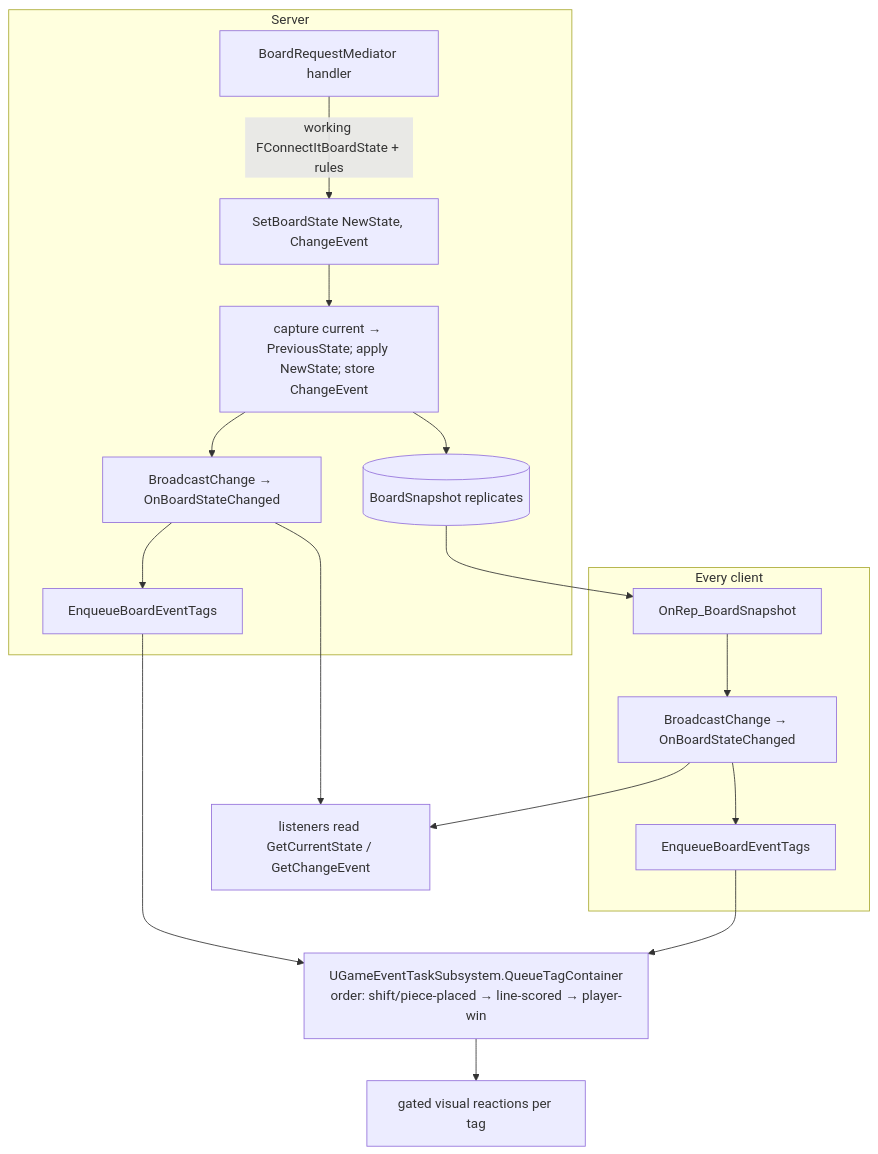
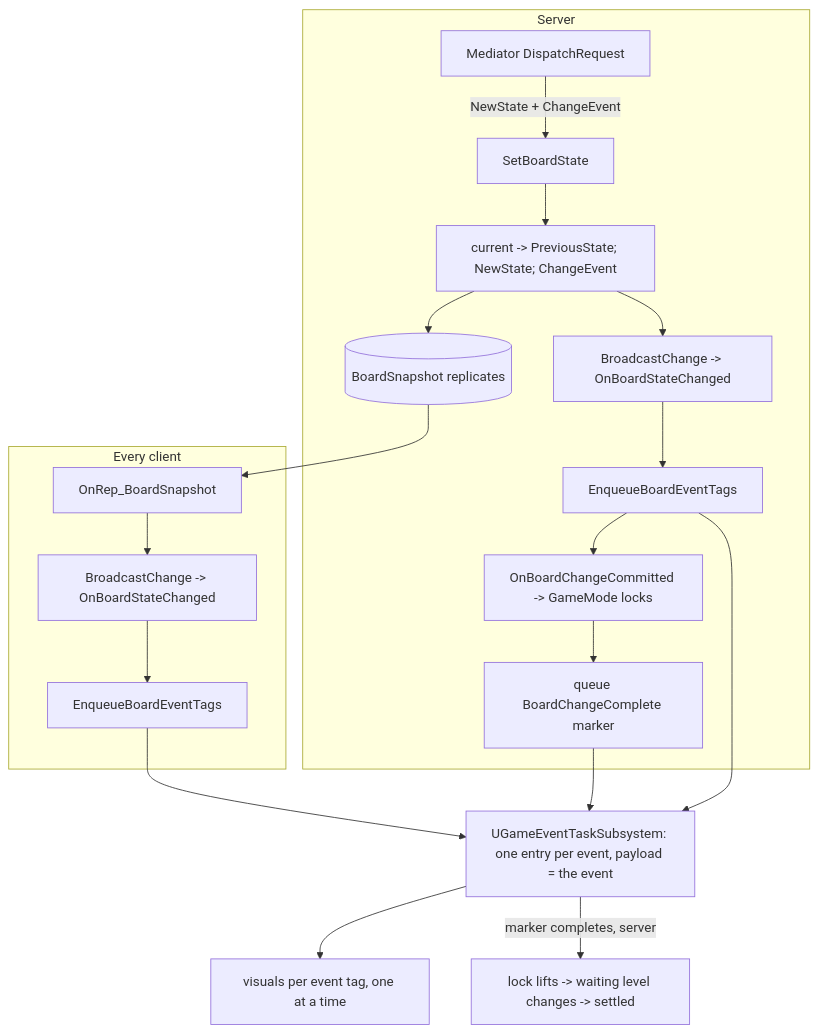
One commit to rfowlie/ConnectIt changed the diagram in ConnectIt-Vault/ConnectIt/code/systems/board-state-single-source-of-truth.md. Above: the diagram before and after it, drawn with Mermaid. The commit also changed other lines of this file and 17 other files, not shown here.

Commit message:
Request Lock 3

````diff
--- a/ConnectIt-Vault/ConnectIt/code/systems/board-state-single-source-of-truth.md
+++ b/ConnectIt-Vault/ConnectIt/code/systems/board-state-single-source-of-truth.md
@@ -30,20 +42,22 @@
 ```mermaid
 flowchart TD
     subgraph Server
-        H[BoardRequestMediator handler] -->|working FConnectItBoardState + rules| SBS[SetBoardState NewState, ChangeEvent]
-        SBS --> CAP[capture current → PreviousState; apply NewState; store ChangeEvent]
+        H[Mediator DispatchRequest] -->|NewState + ChangeEvent| SBS[SetBoardState]
+        SBS --> CAP[current -> PreviousState; NewState; ChangeEvent]
         CAP --> REP[(BoardSnapshot replicates)]
-        CAP --> BC1[BroadcastChange → OnBoardStateChanged]
+        CAP --> BC1[BroadcastChange -> OnBoardStateChanged]
         BC1 --> EQ1[EnqueueBoardEventTags]
+        EQ1 --> LOCK[OnBoardChangeCommitted -> GameMode locks]
+        LOCK --> MK[queue BoardChangeComplete marker]
     end
     subgraph "Every client"
         REP --> OR[OnRep_BoardSnapshot]
-        OR --> BC2[BroadcastChange → OnBoardStateChanged]
+        OR --> BC2[BroadcastChange -> OnBoardStateChanged]
         BC2 --> EQ2[EnqueueBoardEventTags]
     end
-    EQ1 --> TAGS[UGameEventTaskSubsystem.QueueTagContainer<br/>order: shift/piece-placed → line-scored → player-win]
+    EQ1 --> TAGS[UGameEventTaskSubsystem: one entry per event, payload = the event]
     EQ2 --> TAGS
-    BC1 --> L1[listeners read GetCurrentState / GetChangeEvent]
-    BC2 --> L1
-    TAGS --> VIS[gated visual reactions per tag]
+    MK --> TAGS
+    TAGS --> VIS[visuals per event tag, one at a time]
+    TAGS -->|marker completes, server| REL[lock lifts -> waiting level changes -> settled]
 ```
````
